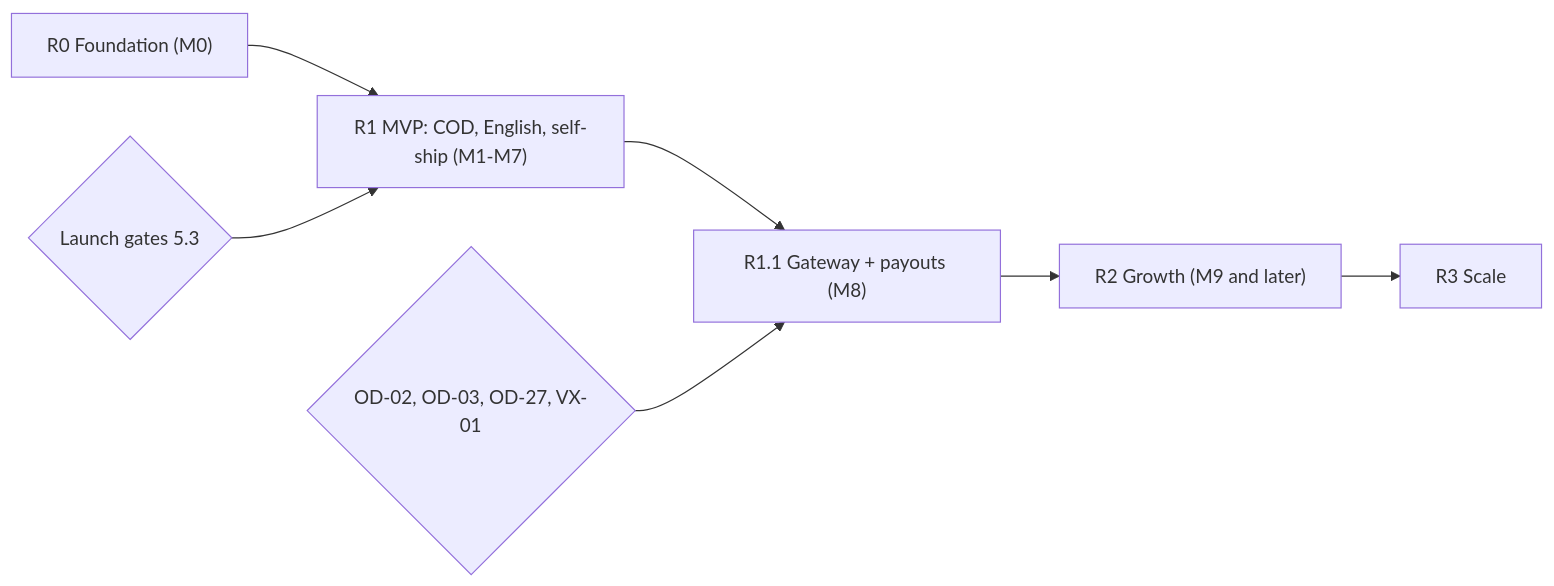
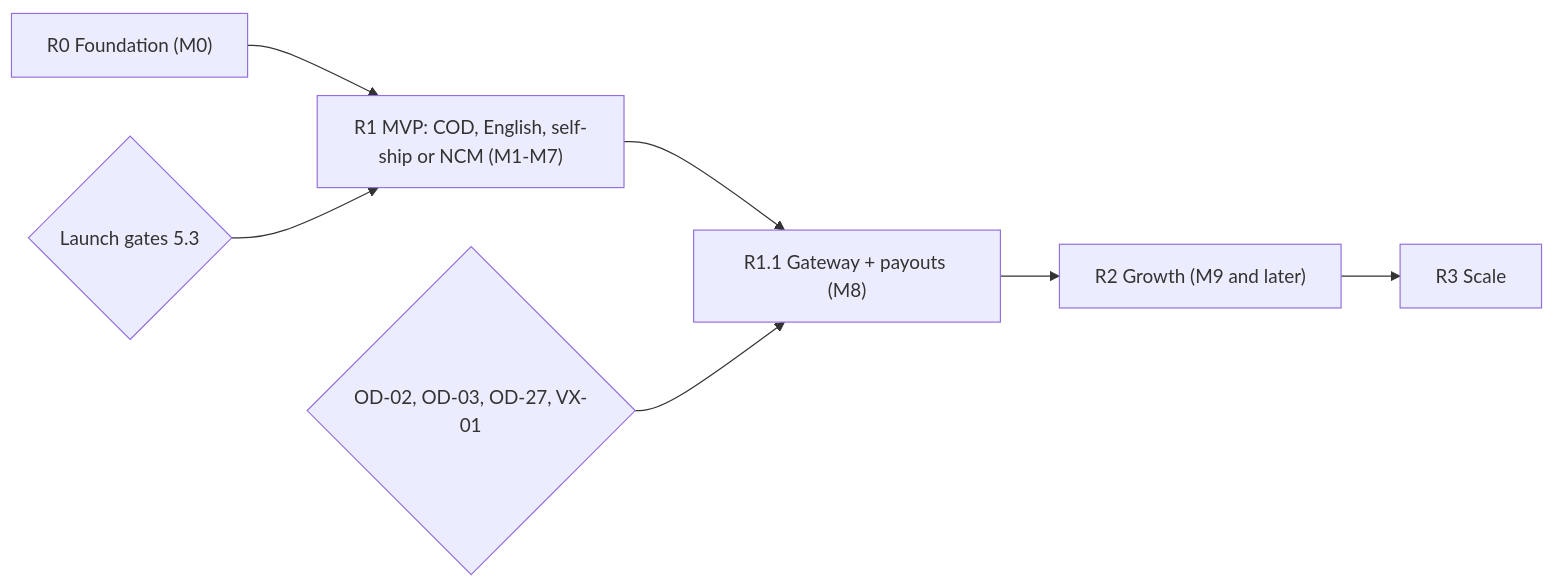
One commit to harublank0-0/drip-nepal changed the third of 3 diagrams in docs/01-product-requirements.md. Above: the diagram before and after it, drawn with Mermaid. The commit also changed other lines of this file and 10 other files, not shown here.

````diff
--- a/docs/01-product-requirements.md
+++ b/docs/01-product-requirements.md
@@ -288,9 +292,9 @@
 ```mermaid
 flowchart LR
-  R0["R0 Foundation (M0)"] --> R1["R1 MVP: COD, English, self-ship (M1-M7)"]
+  R0["R0 Foundation (M0)"] --> R1["R1 MVP: COD, English, self-ship or NCM (M1-M7)"]
   R1 --> R11["R1.1 Gateway + payouts (M8)"]
   R11 --> R2["R2 Growth (M9 and later)"]
   R2 --> R3["R3 Scale"]
   G1{"Launch gates 5.3"} --> R1
   G2{"OD-02, OD-03, OD-27, VX-01"} --> R11
 ```
````
